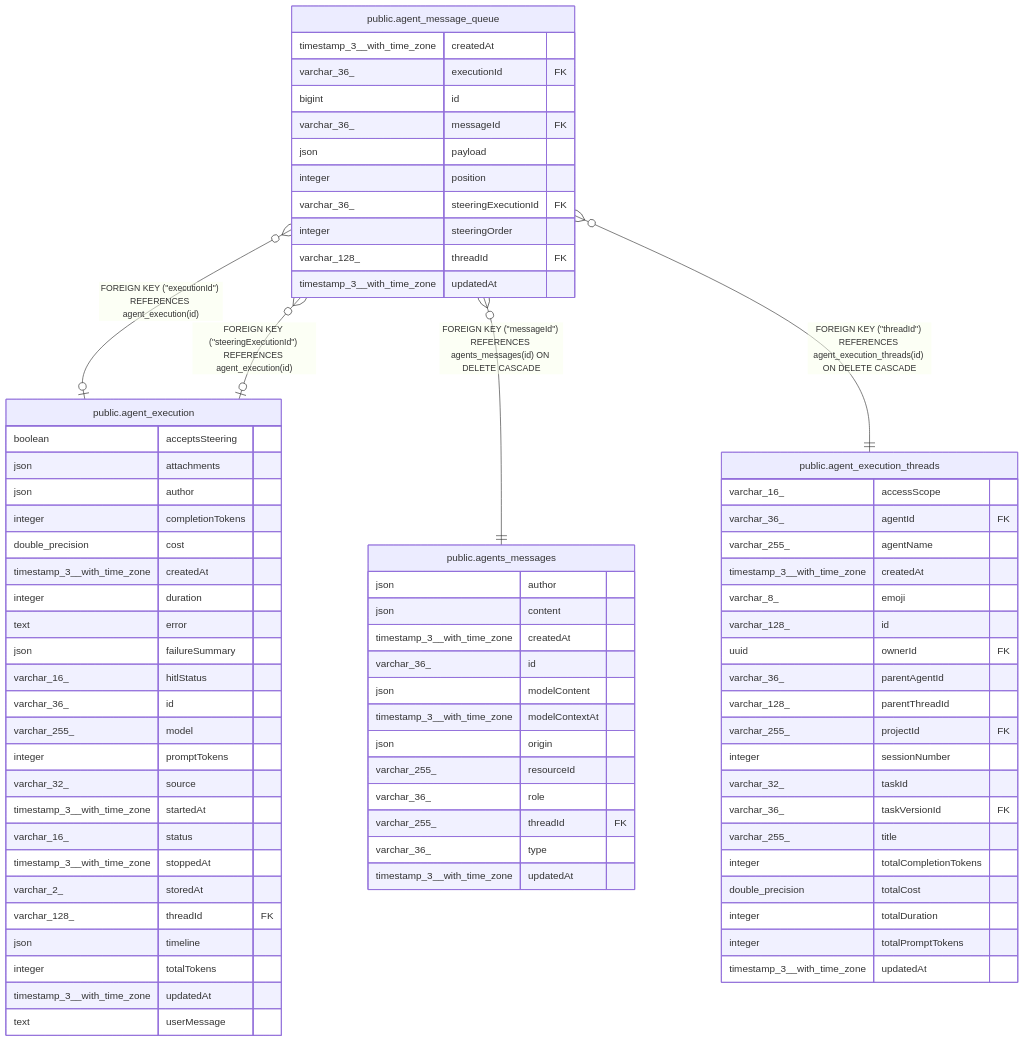
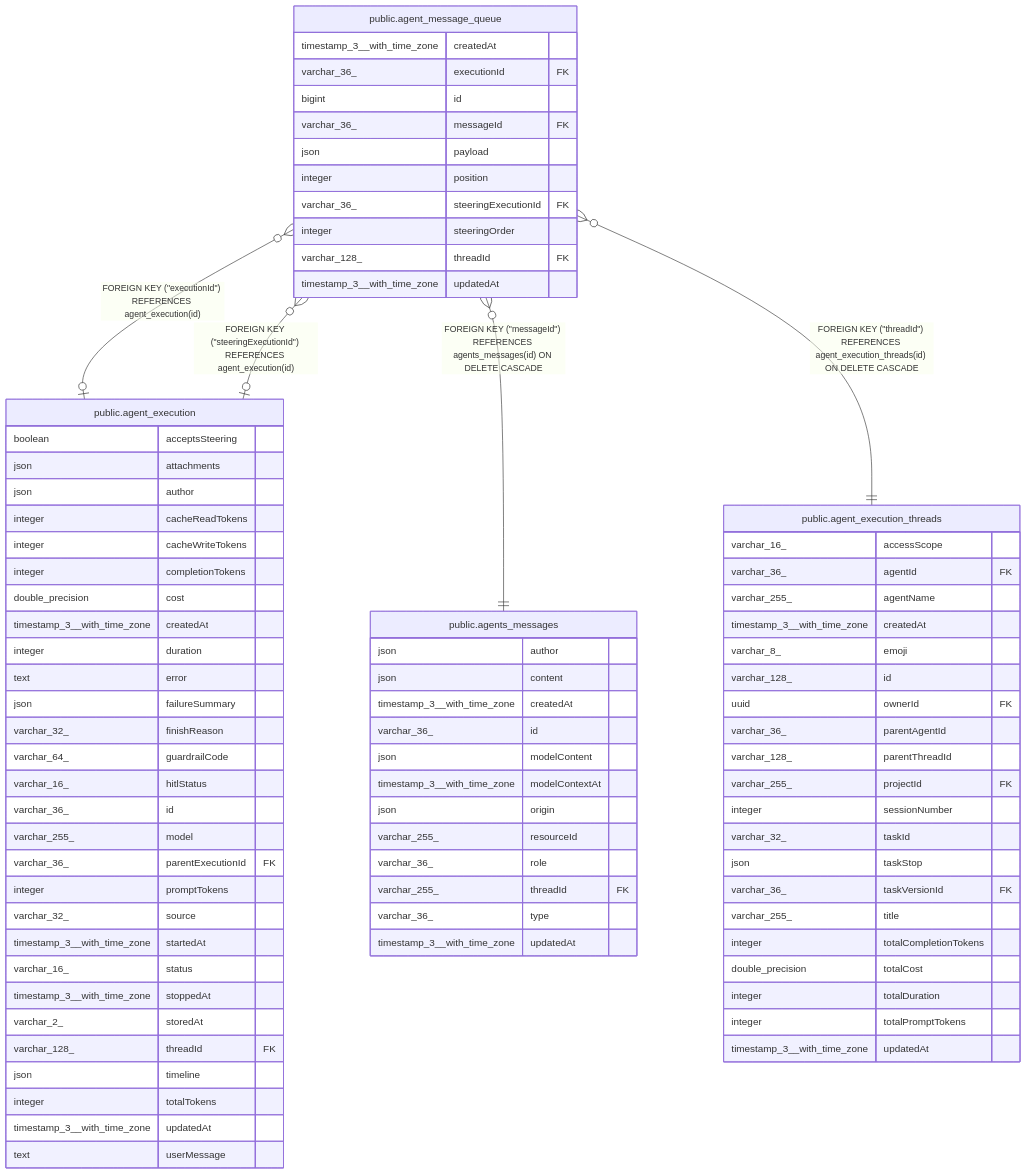
Before and after one commit to sreent/n8n: the diagram in docs/generated/postgres-schema/public.agent_message_queue.md, drawn with Mermaid. The commit also changed 7993 other files, not shown here.

```diff
--- a/docs/generated/postgres-schema/public.agent_message_queue.md
+++ b/docs/generated/postgres-schema/public.agent_message_queue.md
@@ -70,15 +70,20 @@
   boolean acceptsSteering
   json attachments
   json author
+  integer cacheReadTokens
+  integer cacheWriteTokens
   integer completionTokens
   double_precision cost
   timestamp_3__with_time_zone createdAt
   integer duration
   text error
   json failureSummary
+  varchar_32_ finishReason
+  varchar_64_ guardrailCode
   varchar_16_ hitlStatus
   varchar_36_ id
   varchar_255_ model
+  varchar_36_ parentExecutionId FK
   integer promptTokens
   varchar_32_ source
   timestamp_3__with_time_zone startedAt
@@ -118,6 +123,7 @@
   varchar_255_ projectId FK
   integer sessionNumber
   varchar_32_ taskId
+  json taskStop
   varchar_36_ taskVersionId FK
   varchar_255_ title
   integer totalCompletionTokens
```
